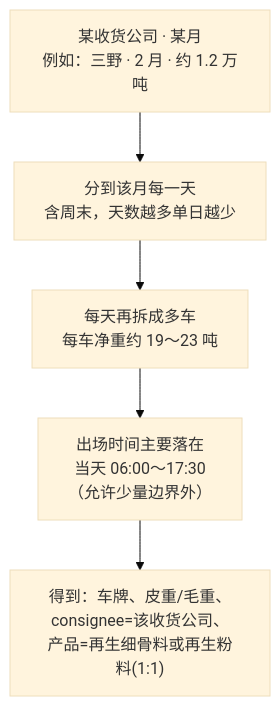
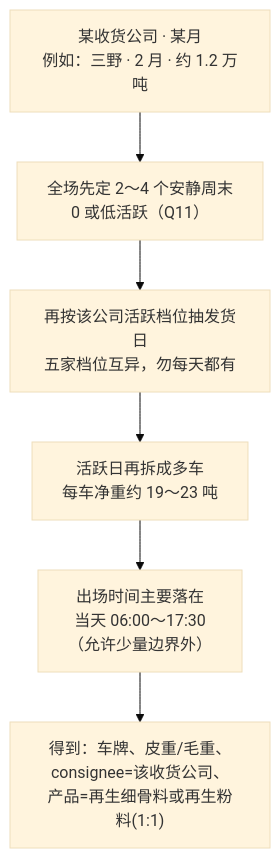
Before and after one commit to feewillowherb/MaterialMonospec: the second of 4 diagrams in docs/2026-09-07-sand-product-transport-addbatch-mock/05-流程总览图.md, drawn with Mermaid (base theme). The commit also changed other lines of this file and 6 other files, not shown here.

````diff
--- a/docs/2026-09-07-sand-product-transport-addbatch-mock/05-流程总览图.md
+++ b/docs/2026-09-07-sand-product-transport-addbatch-mock/05-流程总览图.md
@@ -42,7 +42,8 @@
 ```mermaid
 flowchart TD
-  M["某收货公司 · 某月<br/>例如：三野 · 2 月 · 约 1.2 万吨"] --> D["分到该月每一天<br/>含周末，天数越多单日越少"]
-  D --> T["每天再拆成多车<br/>每车净重约 19～23 吨"]
+  M["某收货公司 · 某月<br/>例如：三野 · 2 月 · 约 1.2 万吨"] --> Q["全场先定 2～4 个安静周末<br/>0 或低活跃（Q11）"]
+  Q --> D["再按该公司活跃档位抽发货日<br/>五家档位互异，勿每天都有"]
+  D --> T["活跃日再拆成多车<br/>每车净重约 19～23 吨"]
   T --> H["出场时间主要落在<br/>当天 06:00～17:30<br/>（允许少量边界外）"]
   H --> R["得到：车牌、皮重/毛重、<br/>consignee=该收货公司、<br/>产品=再生细骨料或再生粉料(1:1)"]
 ```
````
